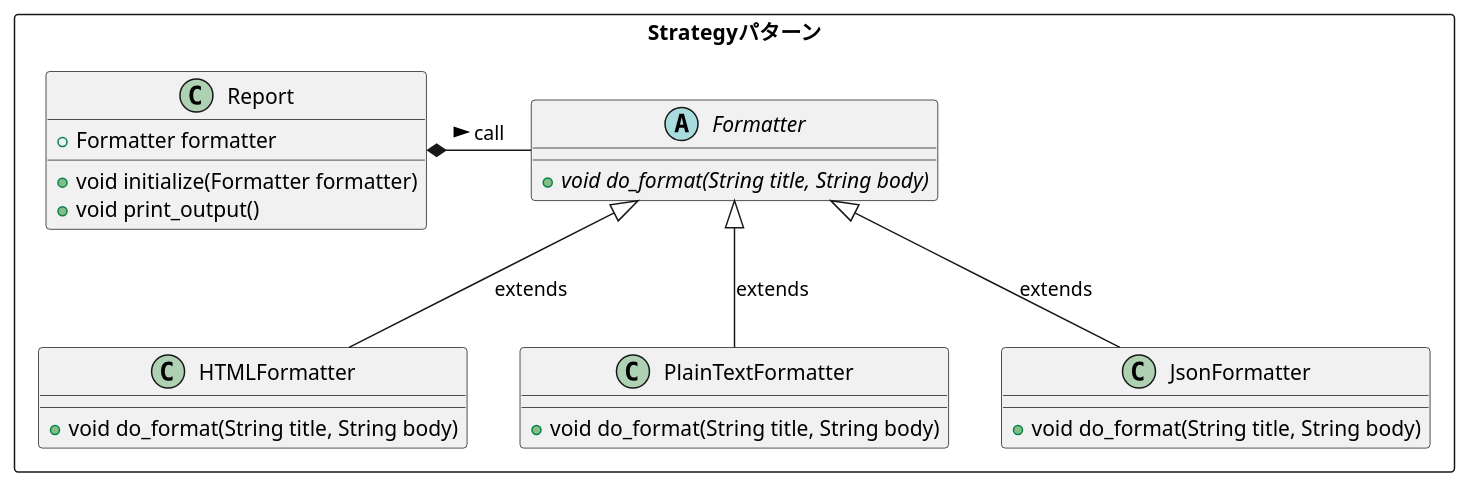
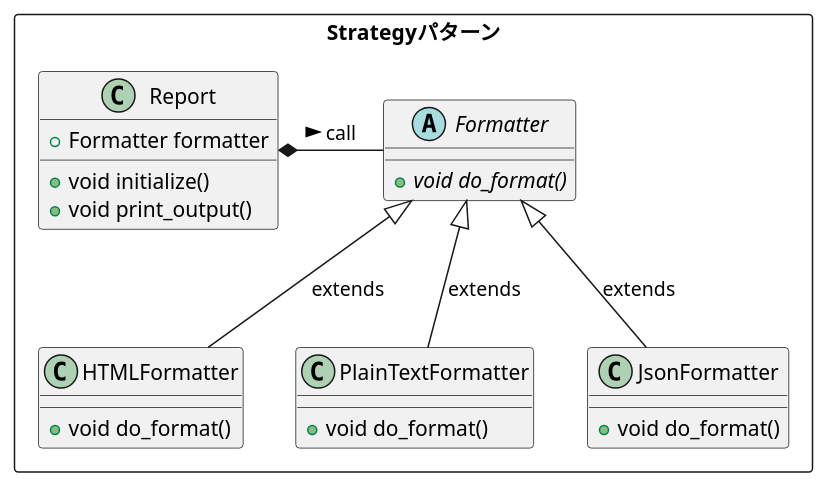
The first of 2 diagrams in 10-Strategy/strategy.pu (mei28/Deeesign_patteeern), drawn with PlantUML before and after one commit. The commit also changed other lines of this file and 3 other files, not shown here.

```diff
--- a/10-Strategy/strategy.pu
+++ b/10-Strategy/strategy.pu
@@ -1,32 +1,32 @@
 @startuml Strategyパターン
 
 package Strategyパターン <<Rectangle>> {
     class Report {
         + Formatter formatter
-        + void initialize(Formatter formatter)
+        + void initialize()
         + void print_output()
     }
 
     abstract class Formatter {
-        + {abstract} void do_format(String title, String body)
+        + {abstract} void do_format()
     }
 
     class HTMLFormatter {
-        + void do_format(String title, String body)
+        + void do_format()
     }
 
     class PlainTextFormatter {
-        + void do_format(String title, String body)
+        + void do_format()
     }
 
     class JsonFormatter {
-        + void do_format(String title, String body)
+        + void do_format()
     }
 }
 
 Report *- Formatter : call >
 Formatter <|-- HTMLFormatter : extends
 Formatter <|-- PlainTextFormatter : extends
 Formatter <|-- JsonFormatter : extends
 
 @enduml
```
